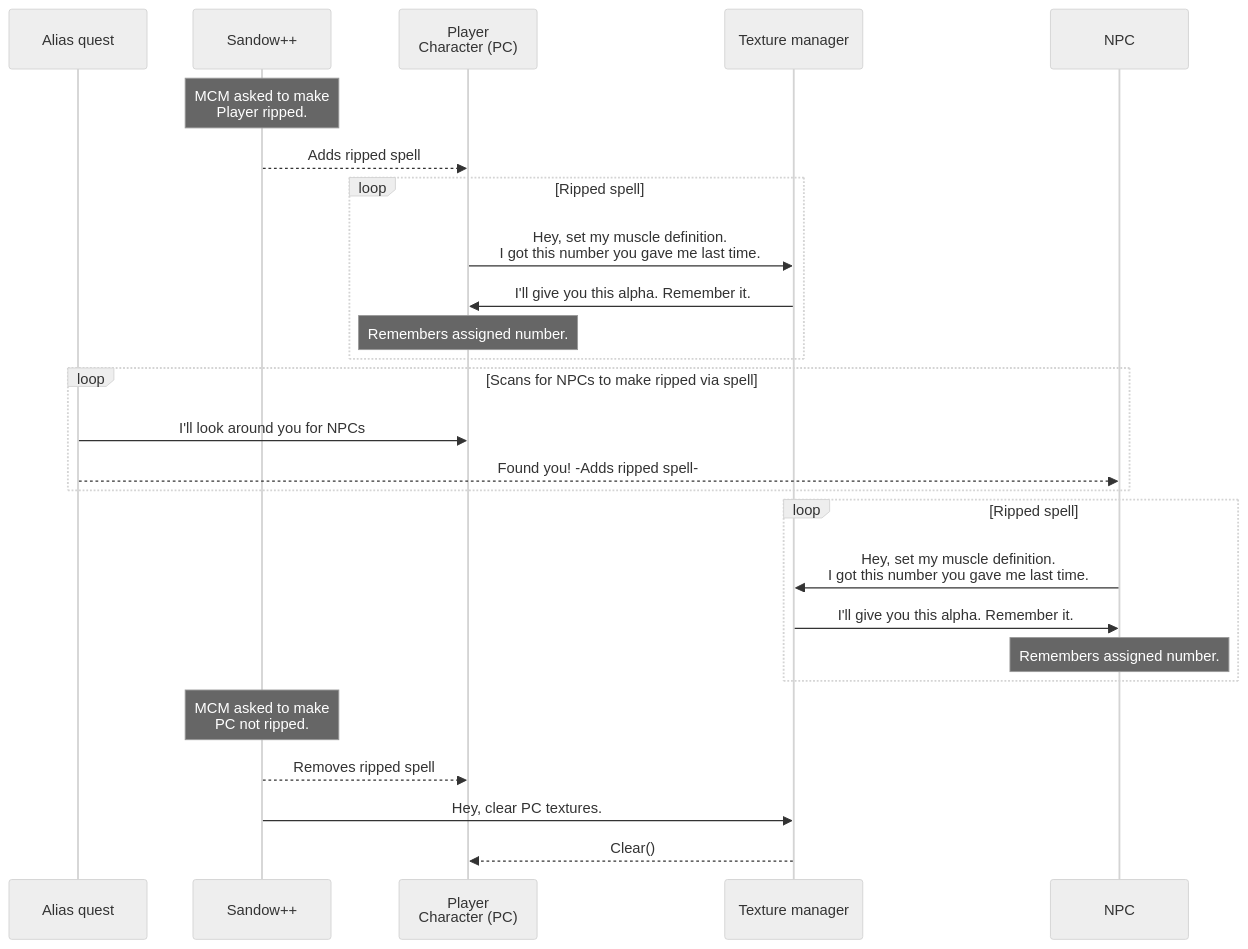
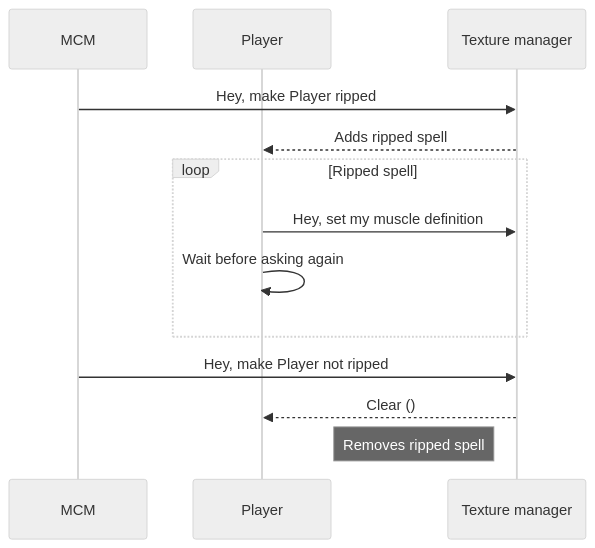
The diagram in docs/programmer/diagrams/ripped-system.mmd (CarlosLeyvaAyala/Sandow-Plus-Plus), drawn with Mermaid (neutral theme) before and after one commit. The commit also changed 16 other files, not shown here.

Commit message:
Optimize ripped method for player-only

```diff
--- a/docs/programmer/diagrams/ripped-system.mmd
+++ b/docs/programmer/diagrams/ripped-system.mmd
@@ -1,26 +1,13 @@
 sequenceDiagram
-participant A as Alias quest
-participant M as Sandow++
-participant P as Player<br>Character (PC)
+participant M as MCM
+participant P as Player
 participant T as Texture manager
-participant N as NPC
-Note over M: MCM asked to make<br>Player ripped.
-M-->>P: Adds ripped spell
+M->>T: Hey, make Player ripped
+T-->>P: Adds ripped spell
 loop Ripped spell
-    P->>T: Hey, set my muscle definition.<br/>I got this number you gave me last time.
-    T->>P: I'll give you this alpha. Remember it.
-    Note over P: Remembers assigned number.
+    P->>T: Hey, set my muscle definition
+    P->>P: Wait before asking again
 end
-loop Scans for NPCs to make ripped via spell
-    A->>P: I'll look around you for NPCs
-    A-->>N: Found you! -Adds ripped spell-
-end
-loop Ripped spell
-    N->>T: Hey, set my muscle definition.<br/>I got this number you gave me last time.
-    T->>N: I'll give you this alpha. Remember it.
-    Note over N: Remembers assigned number.
-end
-Note over M: MCM asked to make<br>PC not ripped.
-M-->>P: Removes ripped spell
-M->>T: Hey, clear PC textures.
-T-->>P: Clear()
+M->>T: Hey, make Player not ripped
+T-->>P: Clear ()
+Note left of T: Removes ripped spell
```
